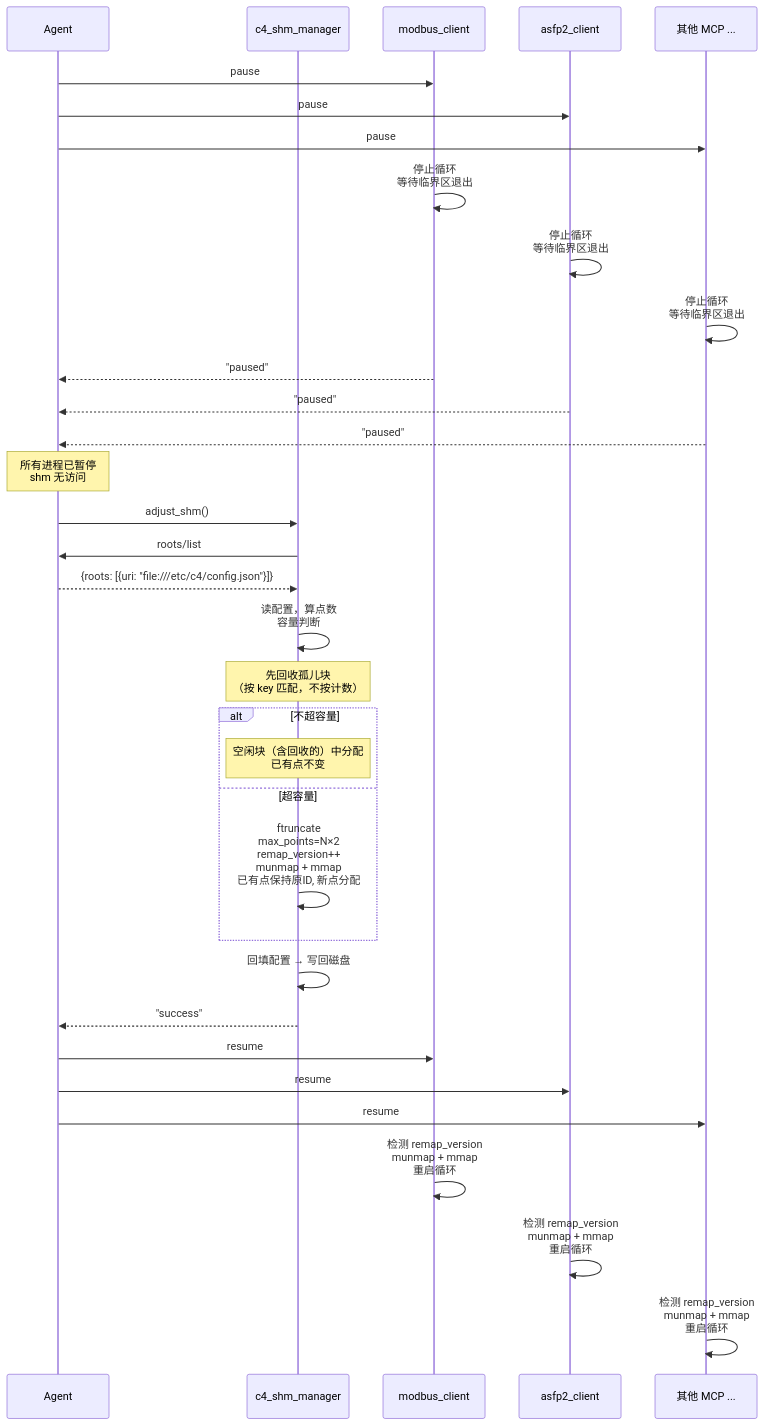
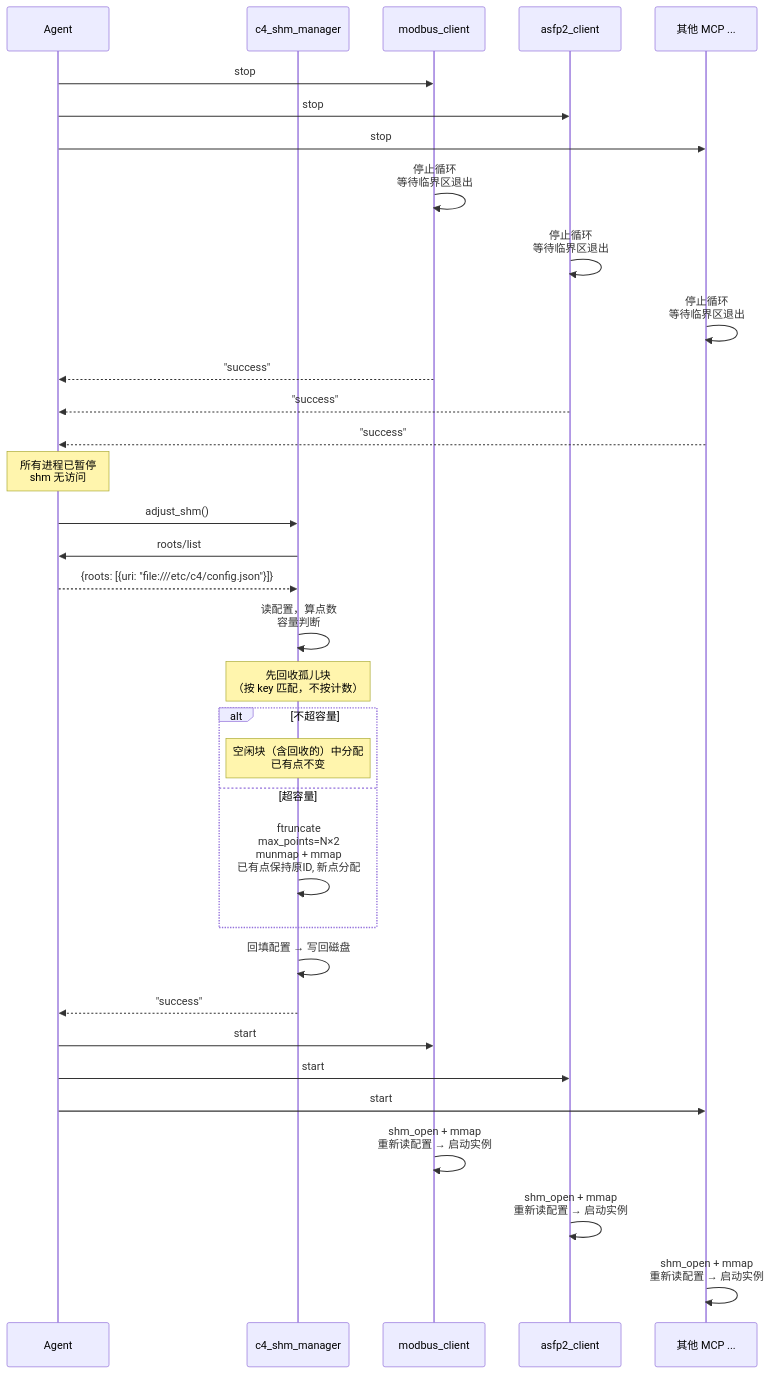
Before and after one commit to activesys/c4: the second of 9 diagrams in docs/design/c4_shm_manager.md, drawn with Mermaid. The commit also changed other lines of this file and 18 other files, not shown here.

First line of the commit message:
refactor: replace pause/resume with stop/start; rename remap_version to reserved

````diff
--- a/docs/design/c4_shm_manager.md
+++ b/docs/design/c4_shm_manager.md
@@ -128,40 +126,40 @@
 ```mermaid
 sequenceDiagram
     participant A as Agent
     participant S as c4_shm_manager
     participant M1 as modbus_client
     participant M2 as asfp2_client
     participant M3 as 其他 MCP ...
 
-    A->>M1: pause
-    A->>M2: pause
-    A->>M3: pause
+    A->>M1: stop
+    A->>M2: stop
+    A->>M3: stop
     M1->>M1: 停止循环<br/>等待临界区退出
     M2->>M2: 停止循环<br/>等待临界区退出
     M3->>M3: 停止循环<br/>等待临界区退出
-    M1-->>A: "paused"
-    M2-->>A: "paused"
-    M3-->>A: "paused"
+    M1-->>A: "success"
+    M2-->>A: "success"
+    M3-->>A: "success"
 
     Note over A: 所有进程已暂停<br/>shm 无访问
 
     A->>S: adjust_shm()
     S->>A: roots/list
     A-->>S: {roots: [{uri: "file:///etc/c4/config.json"}]}
     S->>S: 读配置，算点数<br/>容量判断
     Note over S: 先回收孤儿块<br/>（按 key 匹配，不按计数）
     alt 不超容量
         Note over S: 空闲块（含回收的）中分配<br/>已有点不变
     else 超容量
-        S->>S: ftruncate<br/>max_points=N×2<br/>remap_version++<br/>munmap + mmap<br/>已有点保持原ID, 新点分配
+        S->>S: ftruncate<br/>max_points=N×2<br/>munmap + mmap<br/>已有点保持原ID, 新点分配
     end
     S->>S: 回填配置 → 写回磁盘
     S-->>A: "success"
 
-    A->>M1: resume
-    A->>M2: resume
-    A->>M3: resume
-    M1->>M1: 检测 remap_version<br/>munmap + mmap<br/>重启循环
-    M2->>M2: 检测 remap_version<br/>munmap + mmap<br/>重启循环
-    M3->>M3: 检测 remap_version<br/>munmap + mmap<br/>重启循环
+    A->>M1: start
+    A->>M2: start
+    A->>M3: start
+    M1->>M1: shm_open + mmap<br/>重新读配置 → 启动实例
+    M2->>M2: shm_open + mmap<br/>重新读配置 → 启动实例
+    M3->>M3: shm_open + mmap<br/>重新读配置 → 启动实例
 ```
````
